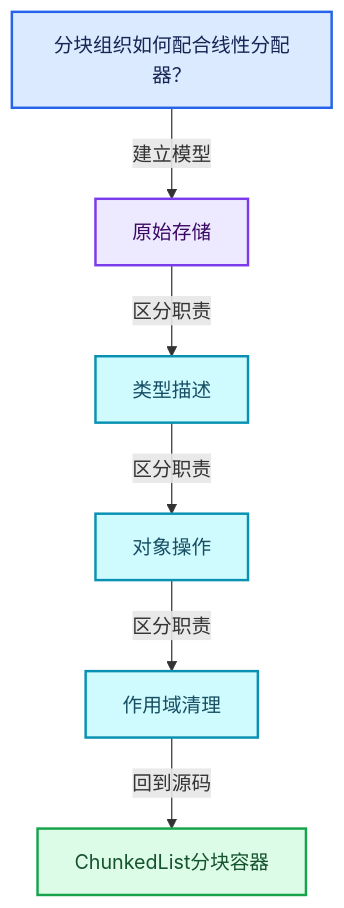
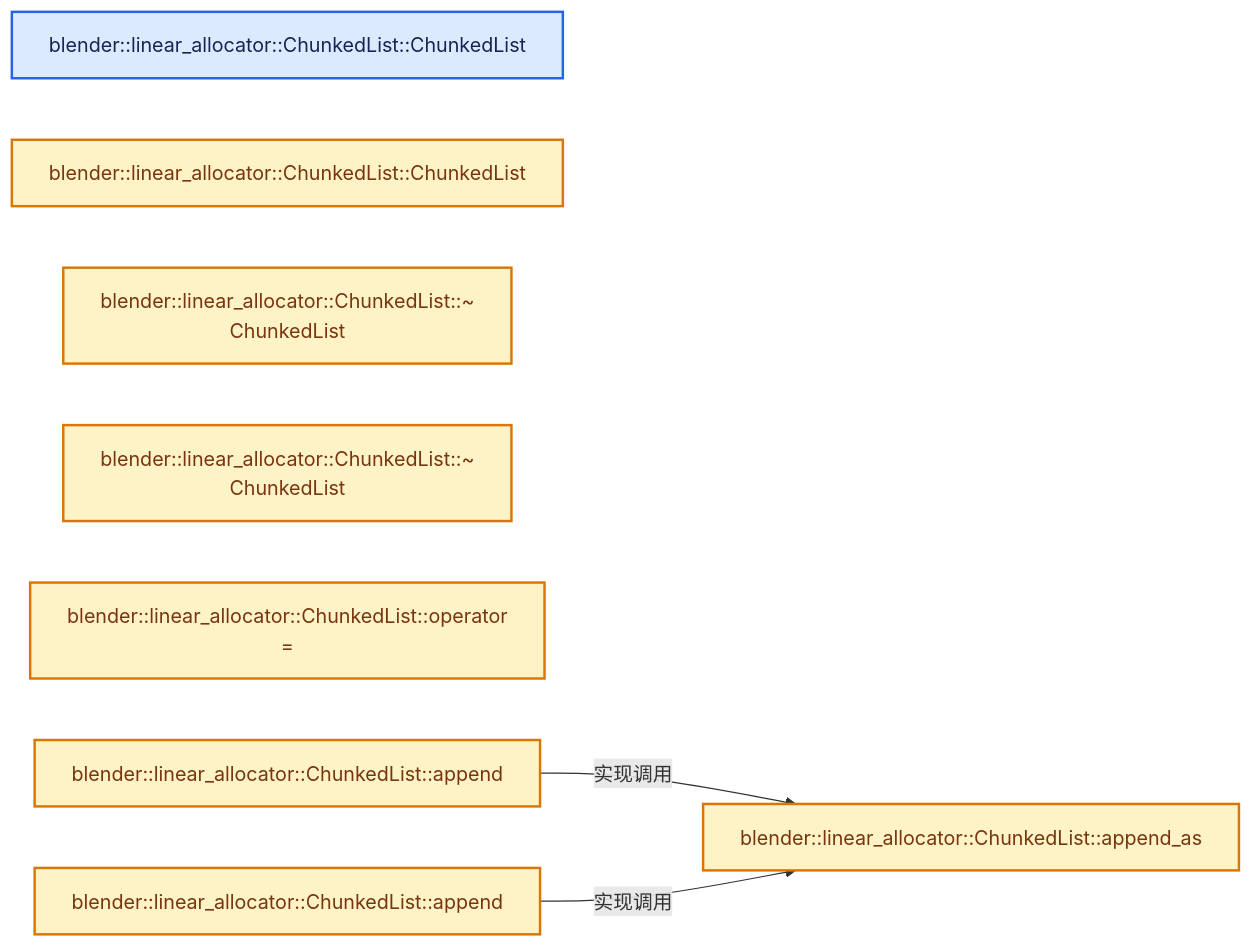
One commit to yunkezengren/blender-.vscode changed the second of 4 diagrams in 杂/markdown/全面学习-codex/03-内存分配与运行时类型/04-ChunkedList分块容器.md. Above: the diagram before and after it, drawn with Mermaid. The commit also changed other lines of this file and 1930 other files, not shown here.

````diff
--- a/杂/markdown/全面学习-codex/03-内存分配与运行时类型/04-ChunkedList分块容器.md
+++ b/杂/markdown/全面学习-codex/03-内存分配与运行时类型/04-ChunkedList分块容器.md
@@ -60,20 +46,19 @@
 ```mermaid
-flowchart TB
-  Q["分块组织如何配合线性分配器？"]:::input
-  C0["原始存储"]:::abstraction
-  C1["类型描述"]:::data
-  C2["对象操作"]:::data
-  C3["作用域清理"]:::data
-  R["ChunkedList分块容器"]:::result
-  Q -->|"建立模型"| C0
-  C0 -->|"区分职责"| C1
-  C1 -->|"区分职责"| C2
-  C2 -->|"区分职责"| C3
-  C3 -->|"回到源码"| R
+flowchart LR
+  F0["blender::linear_allocator::ChunkedList::ChunkedList"]:::input
+  F1["blender::linear_allocator::ChunkedList::ChunkedList"]:::compute
+  F2["blender::linear_allocator::ChunkedList::~<br/>ChunkedList"]:::compute
+  F3["blender::linear_allocator::ChunkedList::~<br/>ChunkedList"]:::compute
+  F4["blender::linear_allocator::ChunkedList::operator<br/>="]:::compute
+  F5["blender::linear_allocator::ChunkedList::append"]:::compute
+  F6["blender::linear_allocator::ChunkedList::append"]:::compute
+  F7["blender::linear_allocator::ChunkedList::append_as"]:::compute
+  F5 -->|"实现调用"| F7
+  F6 -->|"实现调用"| F7
   classDef input fill:#DBEAFE,stroke:#2563EB,color:#172554,stroke-width:2px;
   classDef data fill:#CFFAFE,stroke:#0891B2,color:#164E63,stroke-width:2px;
   classDef abstraction fill:#EDE9FE,stroke:#7C3AED,color:#3B0764,stroke-width:2px;
   classDef compute fill:#FEF3C7,stroke:#D97706,color:#78350F,stroke-width:2px;
   classDef result fill:#DCFCE7,stroke:#16A34A,color:#14532D,stroke-width:2px;
   classDef error fill:#FEE2E2,stroke:#DC2626,color:#7F1D1D,stroke-width:2px;
 ```
````
